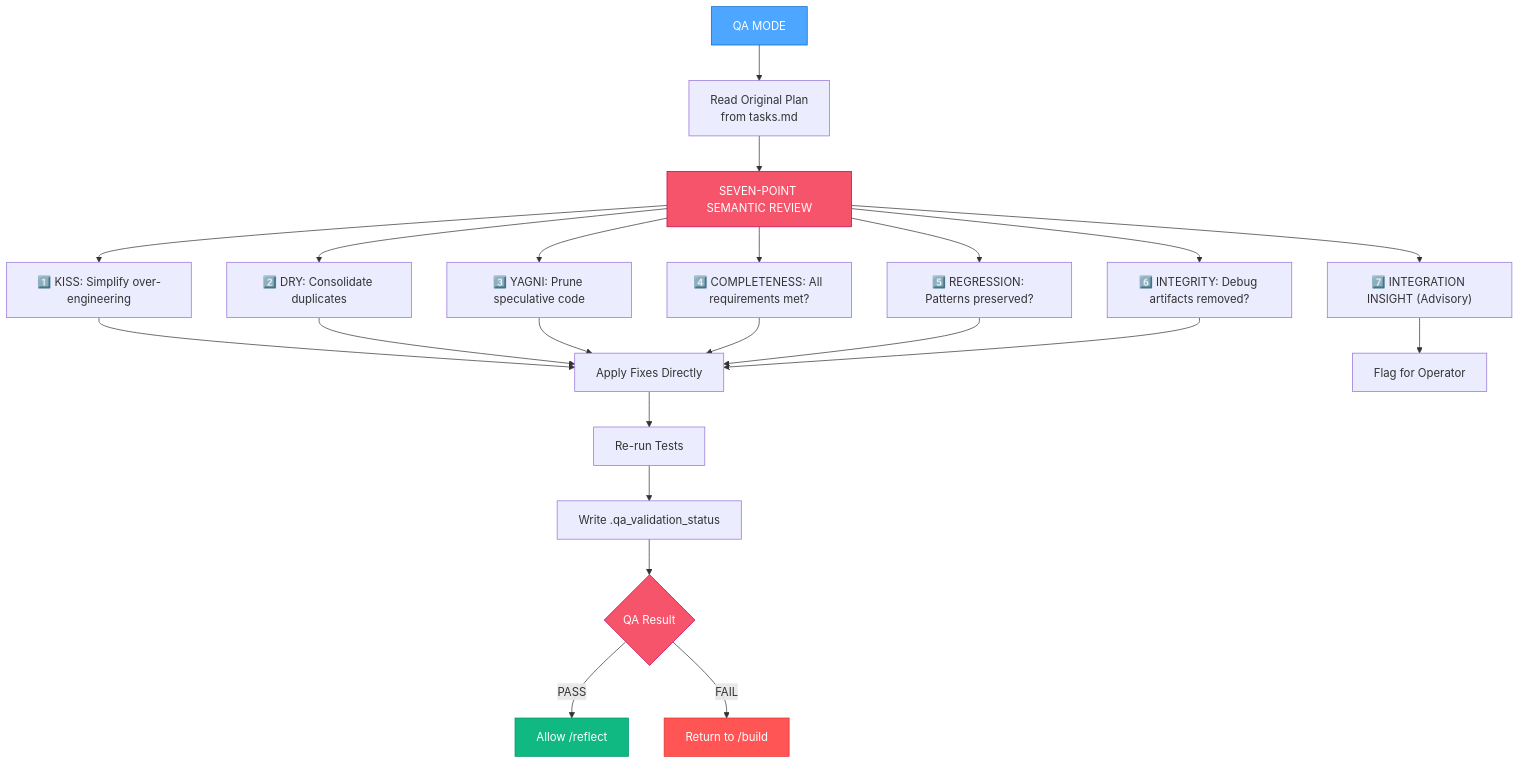
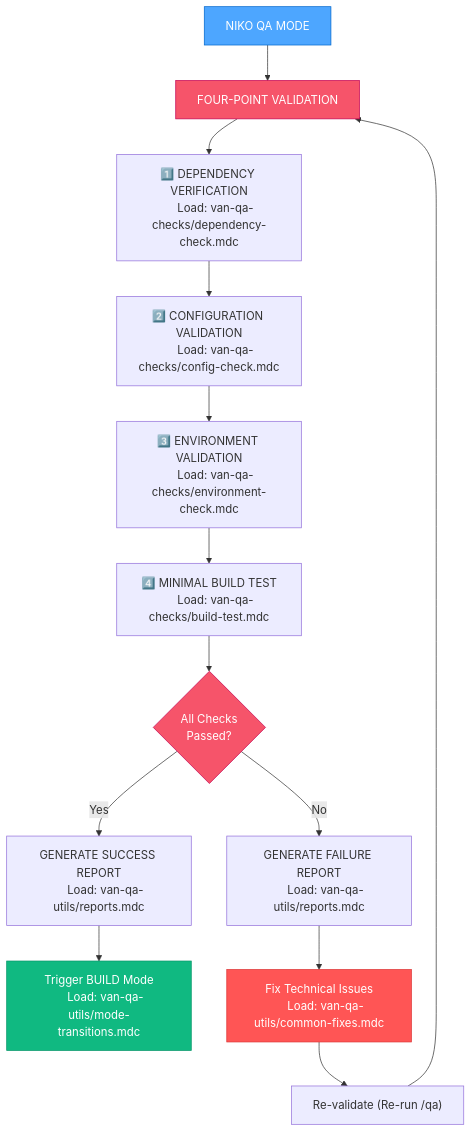
Before and after one commit to Texarkanine/.cursor-rules: the second of 3 diagrams in rulesets/niko/niko/visual-maps/van_mode_split/van-qa-main.mdc, drawn with Mermaid. The commit also changed other lines of this file and 30 other files, not shown here.

````diff
--- a/rulesets/niko/niko/visual-maps/van_mode_split/van-qa-main.mdc
+++ b/rulesets/niko/niko/visual-maps/van_mode_split/van-qa-main.mdc
@@ -52,28 +62,32 @@
 ```mermaid
 graph TD
-    QA["QA MODE"] --> ReadPlan["Read Original Plan<br>from tasks.md"]
-    ReadPlan --> SevenChecks["SEVEN-POINT SEMANTIC REVIEW"]
-
-    SevenChecks --> KISS["1️⃣ KISS: Simplify over-engineering"]
-    SevenChecks --> DRY["2️⃣ DRY: Consolidate duplicates"]
-    SevenChecks --> YAGNI["3️⃣ YAGNI: Prune speculative code"]
-    SevenChecks --> Complete["4️⃣ COMPLETENESS: All requirements met?"]
-    SevenChecks --> Regression["5️⃣ REGRESSION: Patterns preserved?"]
-    SevenChecks --> Integrity["6️⃣ INTEGRITY: Debug artifacts removed?"]
-    SevenChecks --> Integration["7️⃣ INTEGRATION INSIGHT (Advisory)"]
-
-    KISS & DRY & YAGNI & Complete & Regression & Integrity --> ApplyFixes["Apply Fixes Directly"]
-    ApplyFixes --> ReTest["Re-run Tests"]
-    Integration --> Advisory["Flag for Operator"]
-    ReTest --> WriteStatus["Write .qa_validation_status"]
-
-    WriteStatus --> QAResult{"QA Result"}
-    QAResult -->|"PASS"| AllowReflect["Allow /reflect"]
-    QAResult -->|"FAIL"| ReturnBuild["Return to /build"]
-
-    style QA fill:#4da6ff,stroke:#0066cc,color:white
-    style SevenChecks fill:#f6546a,stroke:#c30052,color:white
-    style QAResult fill:#f6546a,stroke:#c30052,color:white
-    style AllowReflect fill:#10b981,stroke:#059669,color:white
-    style ReturnBuild fill:#ff5555,stroke:#dd3333,color:white
+    VANQA["NIKO QA MODE"] --> FourChecks["FOUR-POINT VALIDATION"]
+    
+    FourChecks --> DepCheck["1️⃣ DEPENDENCY VERIFICATION
+    Load: van-qa-checks/dependency-check.mdc"]
+    DepCheck --> ConfigCheck["2️⃣ CONFIGURATION VALIDATION
+    Load: van-qa-checks/config-check.mdc"]
+    ConfigCheck --> EnvCheck["3️⃣ ENVIRONMENT VALIDATION
+    Load: van-qa-checks/environment-check.mdc"]
+    EnvCheck --> MinBuildCheck["4️⃣ MINIMAL BUILD TEST
+    Load: van-qa-checks/build-test.mdc"]
+    
+    MinBuildCheck --> ValidationResults{"All Checks<br>Passed?"}
+    ValidationResults -->|"Yes"| SuccessReport["GENERATE SUCCESS REPORT
+    Load: van-qa-utils/reports.mdc"]
+    ValidationResults -->|"No"| FailureReport["GENERATE FAILURE REPORT
+    Load: van-qa-utils/reports.mdc"]
+    
+    SuccessReport --> BUILD_Transition["Trigger BUILD Mode
+    Load: van-qa-utils/mode-transitions.mdc"]
+    FailureReport --> FixIssues["Fix Technical Issues
+    Load: van-qa-utils/common-fixes.mdc"]
+    FixIssues --> ReValidate["Re-validate (Re-run /qa)"]
+    ReValidate --> FourChecks
+    
+    style VANQA fill:#4da6ff,stroke:#0066cc,color:white
+    style FourChecks fill:#f6546a,stroke:#c30052,color:white
+    style ValidationResults fill:#f6546a,stroke:#c30052,color:white
+    style BUILD_Transition fill:#10b981,stroke:#059669,color:white
+    style FixIssues fill:#ff5555,stroke:#dd3333,color:white
 ```
````
